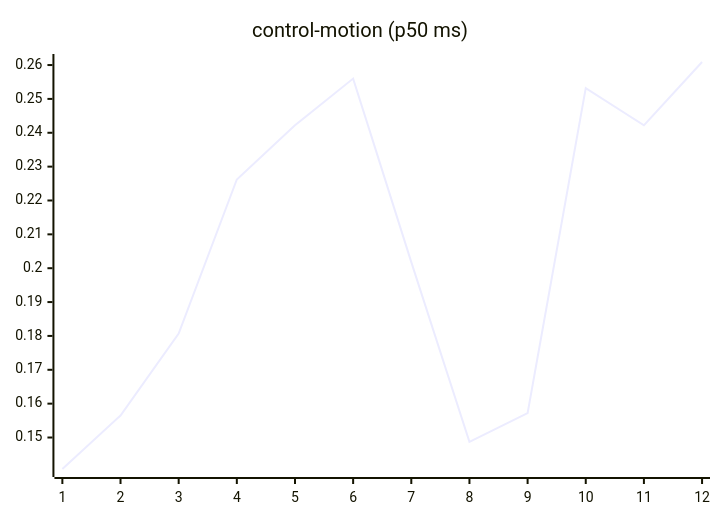
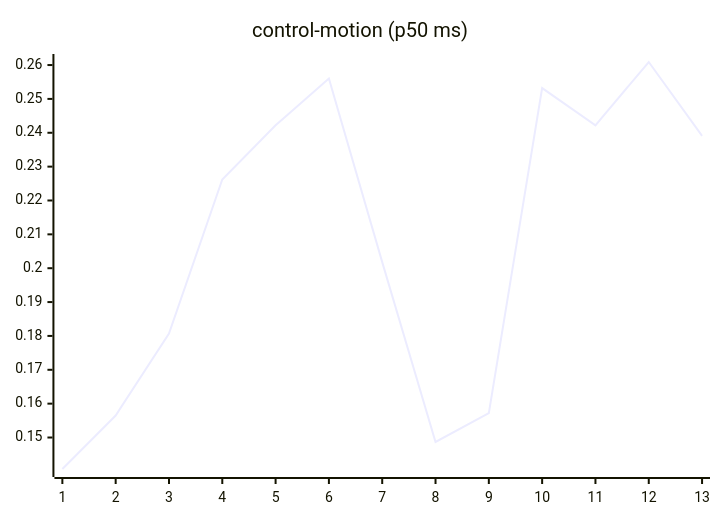
Before and after one commit to josha/Facet: the seventh of 27 diagrams in README.md, drawn with Mermaid. The commit also changed other lines of this file and 2 other files, not shown here.

````diff
--- a/README.md
+++ b/README.md
@@ -105,6 +105,6 @@
 ```mermaid
 xychart-beta
     title "control-motion (p50 ms)"
-    x-axis 1 --> 12
-    line [0.1407, 0.1565, 0.1807, 0.2262, 0.2422, 0.2560, 0.2018, 0.1487, 0.1572, 0.2532, 0.2422, 0.2609]
+    x-axis 1 --> 13
+    line [0.1407, 0.1565, 0.1807, 0.2262, 0.2422, 0.2560, 0.2018, 0.1487, 0.1572, 0.2532, 0.2422, 0.2609, 0.2391]
 ```
````
